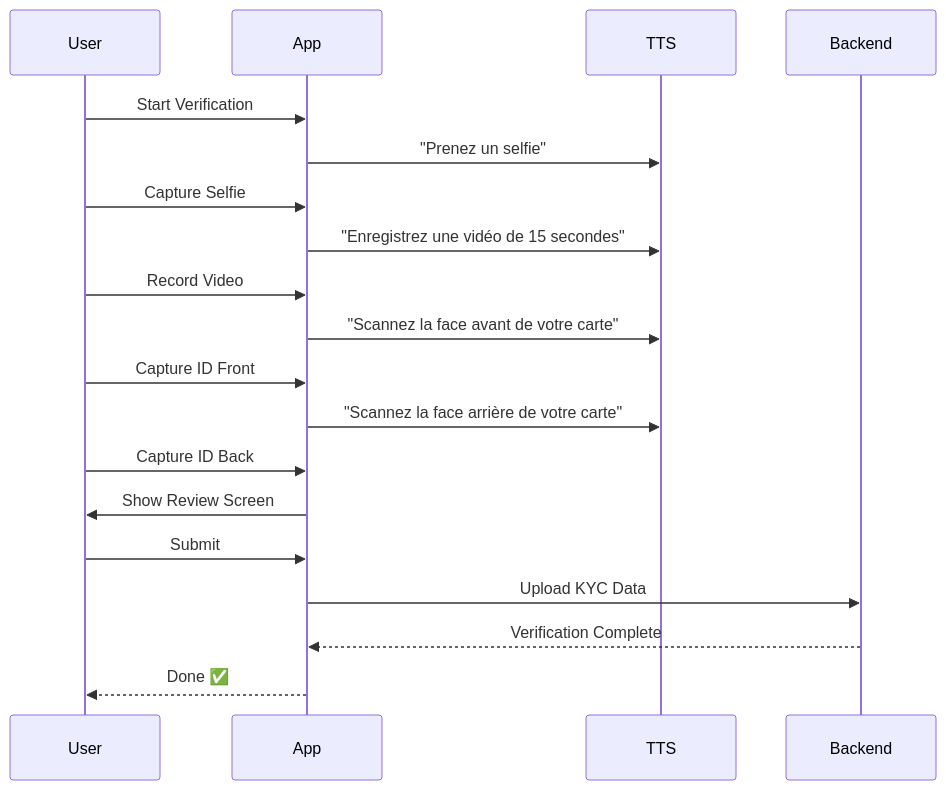
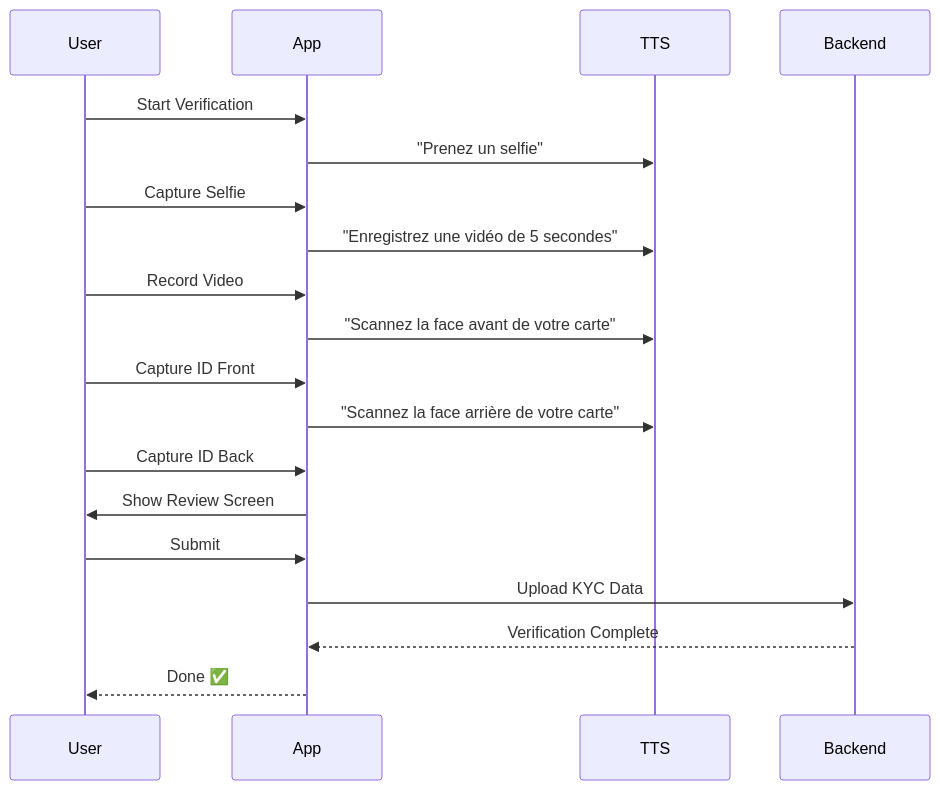
One commit to freddydrodev/verif_id changed the second of 2 diagrams in README.md. Above: the diagram before and after it, drawn with Mermaid. The commit also changed other lines of this file and 2 other files, not shown here.

Commit message:
Update README.md to streamline installation instructions, clarify parameters for KYC verification, and correct video duration in flow steps. Enhance documentation for better user guidance.

````diff
--- a/README.md
+++ b/README.md
@@ -206,22 +164,22 @@
 ```mermaid
 sequenceDiagram
     participant User
     participant App
     participant TTS
     participant Backend
 
     User->>App: Start Verification
     App->>TTS: "Prenez un selfie"
     User->>App: Capture Selfie
-    App->>TTS: "Enregistrez une vidéo de 15 secondes"
+    App->>TTS: "Enregistrez une vidéo de 5 secondes"
     User->>App: Record Video
     App->>TTS: "Scannez la face avant de votre carte"
     User->>App: Capture ID Front
     App->>TTS: "Scannez la face arrière de votre carte"
     User->>App: Capture ID Back
     App->>User: Show Review Screen
     User->>App: Submit
     App->>Backend: Upload KYC Data
     Backend-->>App: Verification Complete
     App-->>User: Done ✅
 ```
````
